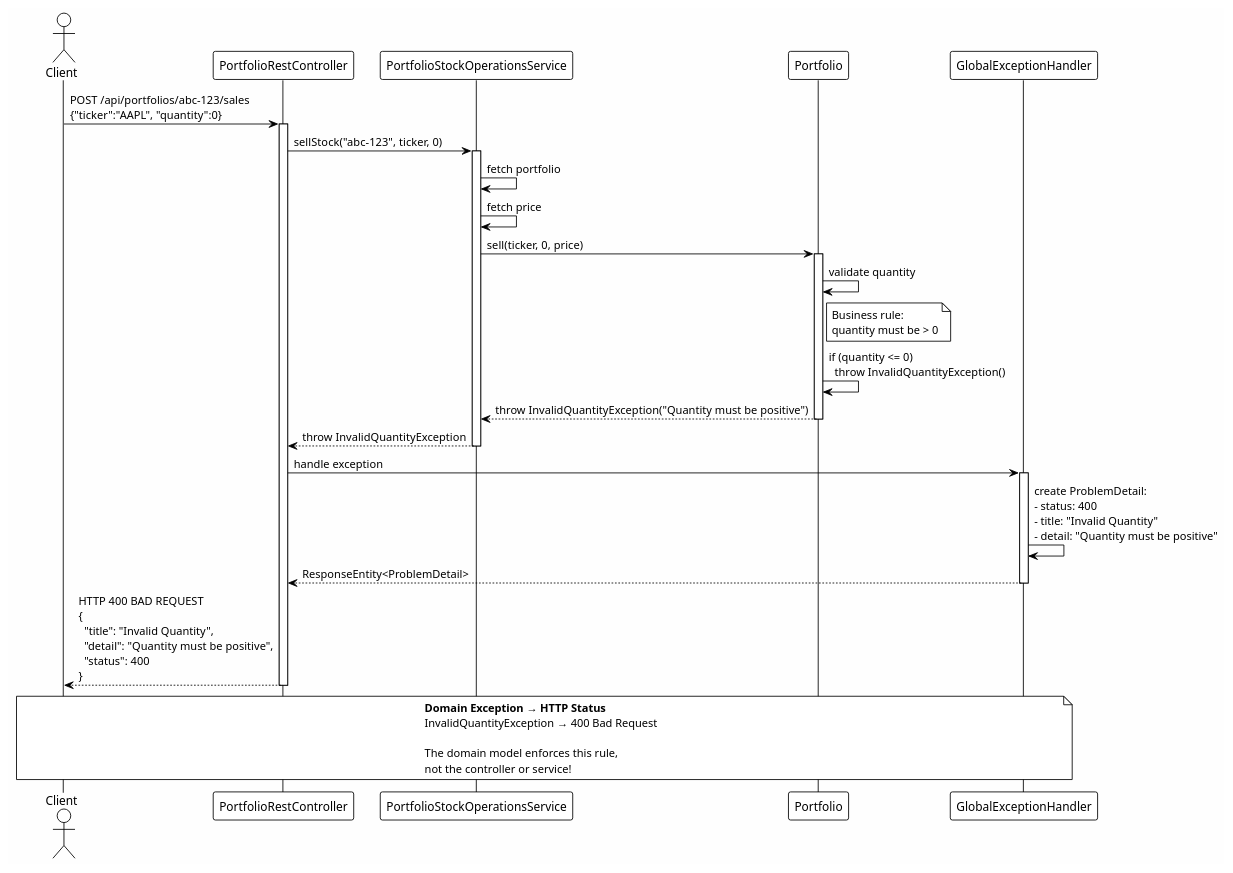
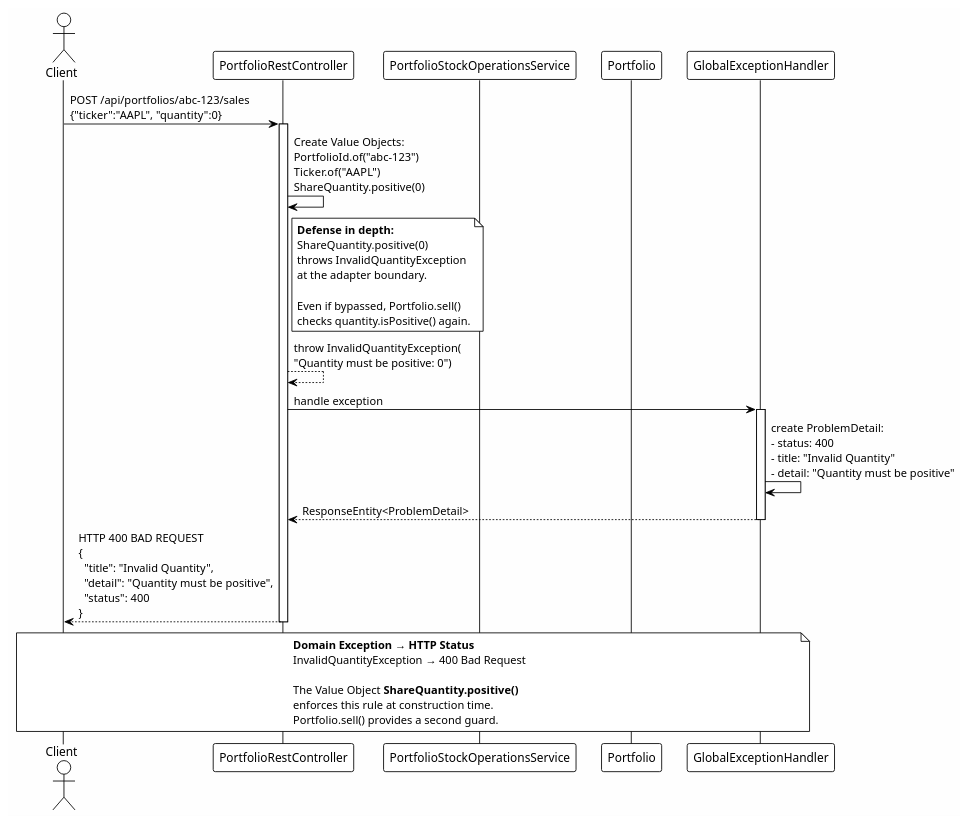
One commit to alfredorueda/HexaStock changed the diagram in doc/tutorial/diagrams/sell-error-invalid-quantity.puml. Above: the diagram before and after it, drawn with PlantUML. The commit also changed 13 other files, not shown here.

Commit message:
feat: enhance docs by introducing value objects for IDs and monetary values

```diff
--- a/doc/tutorial/diagrams/sell-error-invalid-quantity.puml
+++ b/doc/tutorial/diagrams/sell-error-invalid-quantity.puml
@@ -1,56 +1,47 @@
 @startuml sell-error-invalid-quantity
 !theme plain
 skinparam backgroundColor #FEFEFE
 
 actor Client
 participant "PortfolioRestController" as Controller
 participant "PortfolioStockOperationsService" as Service
 participant "Portfolio" as Portfolio
 participant "GlobalExceptionHandler" as Handler
 
 Client -> Controller: POST /api/portfolios/abc-123/sales\n{"ticker":"AAPL", "quantity":0}
 activate Controller
 
-Controller -> Service: sellStock("abc-123", ticker, 0)
-activate Service
+Controller -> Controller: Create Value Objects:\nPortfolioId.of("abc-123")\nTicker.of("AAPL")\nShareQuantity.positive(0)
 
-Service -> Service: fetch portfolio
-Service -> Service: fetch price
-
-Service -> Portfolio: sell(ticker, 0, price)
-activate Portfolio
-
-Portfolio -> Portfolio: validate quantity
-note right of Portfolio
-  Business rule:
-  quantity must be > 0
+note right of Controller
+  **Defense in depth:**
+  ShareQuantity.positive(0)
+  throws InvalidQuantityException
+  at the adapter boundary.
+  
+  Even if bypassed, Portfolio.sell()
+  checks quantity.isPositive() again.
 end note
 
-Portfolio -> Portfolio: if (quantity <= 0)\n  throw InvalidQuantityException()
-
-Portfolio --> Service: throw InvalidQuantityException("Quantity must be positive")
-deactivate Portfolio
-
-Service --> Controller: throw InvalidQuantityException
-deactivate Service
+Controller --> Controller: throw InvalidQuantityException(\n"Quantity must be positive: 0")
 
 Controller -> Handler: handle exception
 activate Handler
 
 Handler -> Handler: create ProblemDetail:\n- status: 400\n- title: "Invalid Quantity"\n- detail: "Quantity must be positive"
 
 Handler --> Controller: ResponseEntity<ProblemDetail>
 deactivate Handler
 
 Controller --> Client: HTTP 400 BAD REQUEST\n{\n  "title": "Invalid Quantity",\n  "detail": "Quantity must be positive",\n  "status": 400\n}
 deactivate Controller
 
 note over Client, Handler
   **Domain Exception → HTTP Status**
   InvalidQuantityException → 400 Bad Request
   
-  The domain model enforces this rule,
-  not the controller or service!
+  The Value Object **ShareQuantity.positive()**
+  enforces this rule at construction time.
+  Portfolio.sell() provides a second guard.
 end note
-
 @enduml
```
